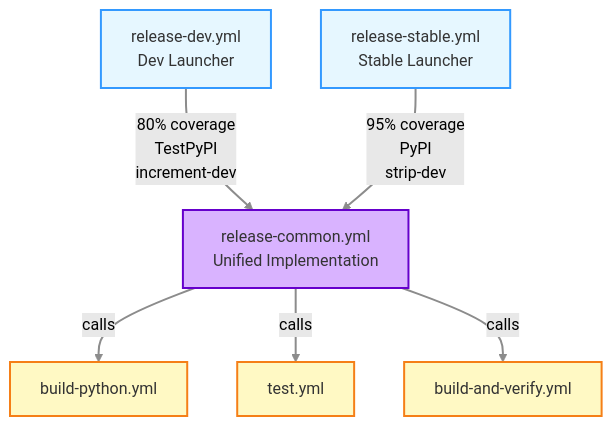
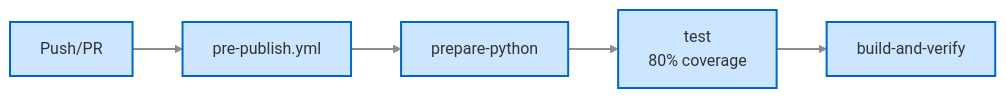
The first of 17 diagrams in .github/RELEASE_PROCESS.md (minouris/spafw37), drawn with Mermaid (forest theme) before and after one commit. The commit also changed other lines of this file and 4 other files, not shown here.

````diff
--- a/.github/RELEASE_PROCESS.md
+++ b/.github/RELEASE_PROCESS.md
@@ -129,19 +114,11 @@
 ```mermaid
-graph TB
-    A[release-dev.yml<br/>Dev Launcher] -->|80% coverage<br/>TestPyPI<br/>increment-dev| C[release-common.yml<br/>Unified Implementation]
-    B[release-stable.yml<br/>Stable Launcher] -->|95% coverage<br/>PyPI<br/>strip-dev| C
+graph LR
+    A["Push/PR"] --> B["pre-publish.yml"]
+    B --> C["prepare-python"]
+    C --> D["test<br/>80% coverage"]
+    D --> E["build-and-verify"]
     
-    C -->|calls| D[build-python.yml]
-    C -->|calls| E[test.yml]
-    C -->|calls| F[build-and-verify.yml]
-    
-    classDef launcherStyle fill:#e6f7ff,stroke:#3399ff,stroke-width:2px,color:#333
-    classDef unifiedStyle fill:#d9b3ff,stroke:#6600cc,stroke-width:2px,color:#333
-    classDef supportStyle fill:#fff9c4,stroke:#f57f17,stroke-width:2px,color:#333
-    
-    class A,B launcherStyle
-    class C unifiedStyle
-    class D,E,F supportStyle
-    
+    classDef validationStyle fill:#cce6ff,stroke:#0066cc,stroke-width:2px,color:#333
+    class A,B,C,D,E validationStyle
     linkStyle default stroke:#8c8c8c,stroke-width:2px
 ```
````
